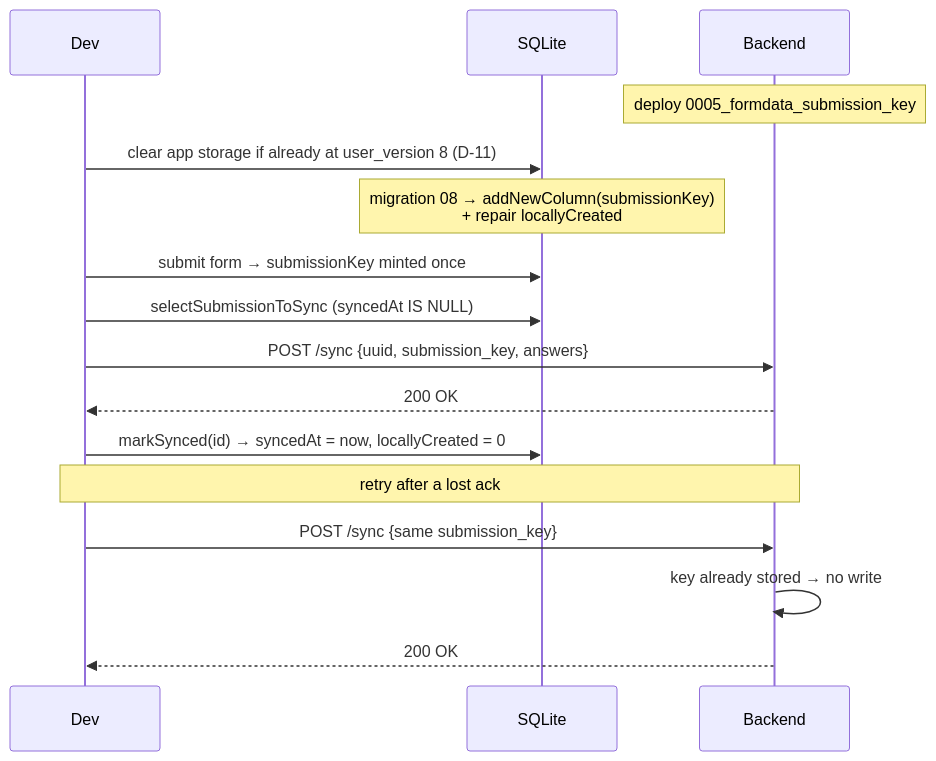
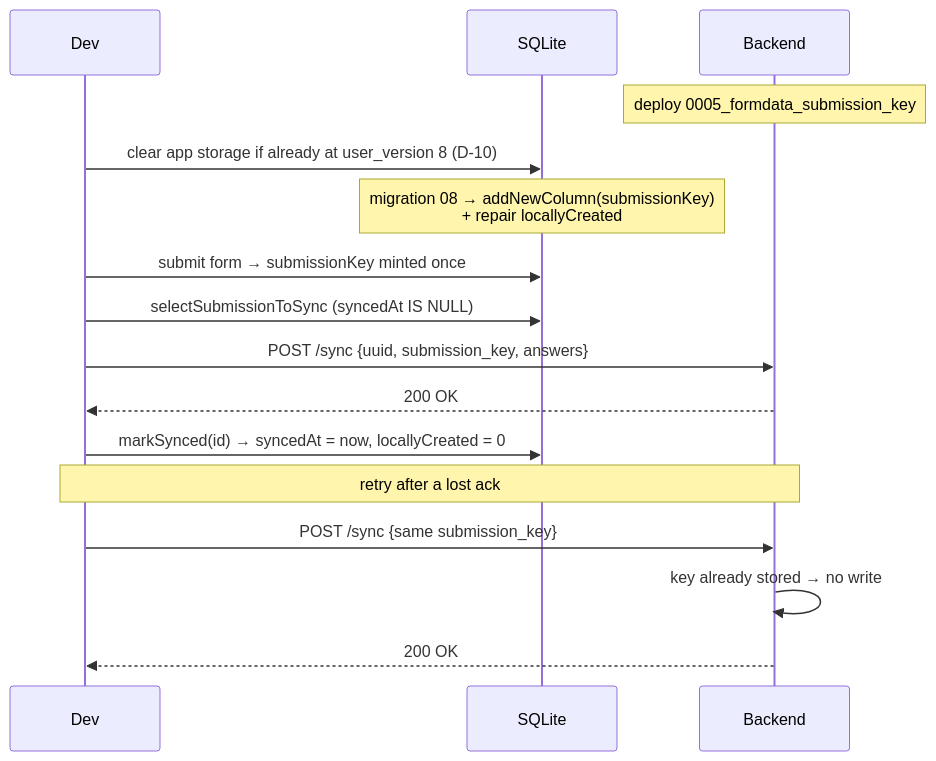
Before and after one commit to akvo/akvo-mis: the third of 3 diagrams in doc/design/APP-255-submitted-datapoint-lifecycle.md, drawn with Mermaid. The commit also changed other lines of this file and 1 other file, not shown here.

````diff
--- a/doc/design/APP-255-submitted-datapoint-lifecycle.md
+++ b/doc/design/APP-255-submitted-datapoint-lifecycle.md
@@ -530,21 +738,21 @@
 ```mermaid
 sequenceDiagram
     participant Dev
     participant DB as SQLite
     participant API as Backend
 
     Note over API: deploy 0005_formdata_submission_key
-    Dev->>DB: clear app storage if already at user_version 8 (D-11)
+    Dev->>DB: clear app storage if already at user_version 8 (D-10)
     Note over DB: migration 08 → addNewColumn(submissionKey)<br/>+ repair locallyCreated
 
     Dev->>DB: submit form → submissionKey minted once
     Dev->>DB: selectSubmissionToSync (syncedAt IS NULL)
     Dev->>API: POST /sync {uuid, submission_key, answers}
     API-->>Dev: 200 OK
     Dev->>DB: markSynced(id) → syncedAt = now, locallyCreated = 0
 
     Note over Dev,API: retry after a lost ack
     Dev->>API: POST /sync {same submission_key}
     API->>API: key already stored → no write
     API-->>Dev: 200 OK
 ```
````
